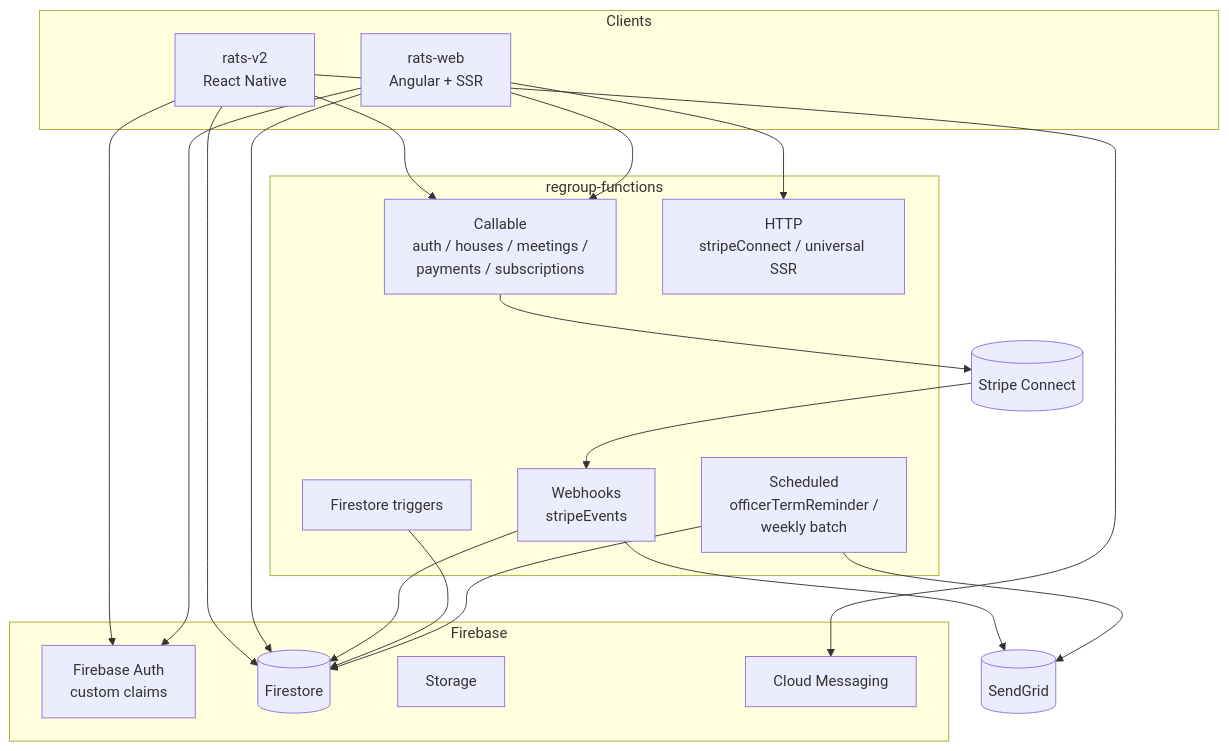
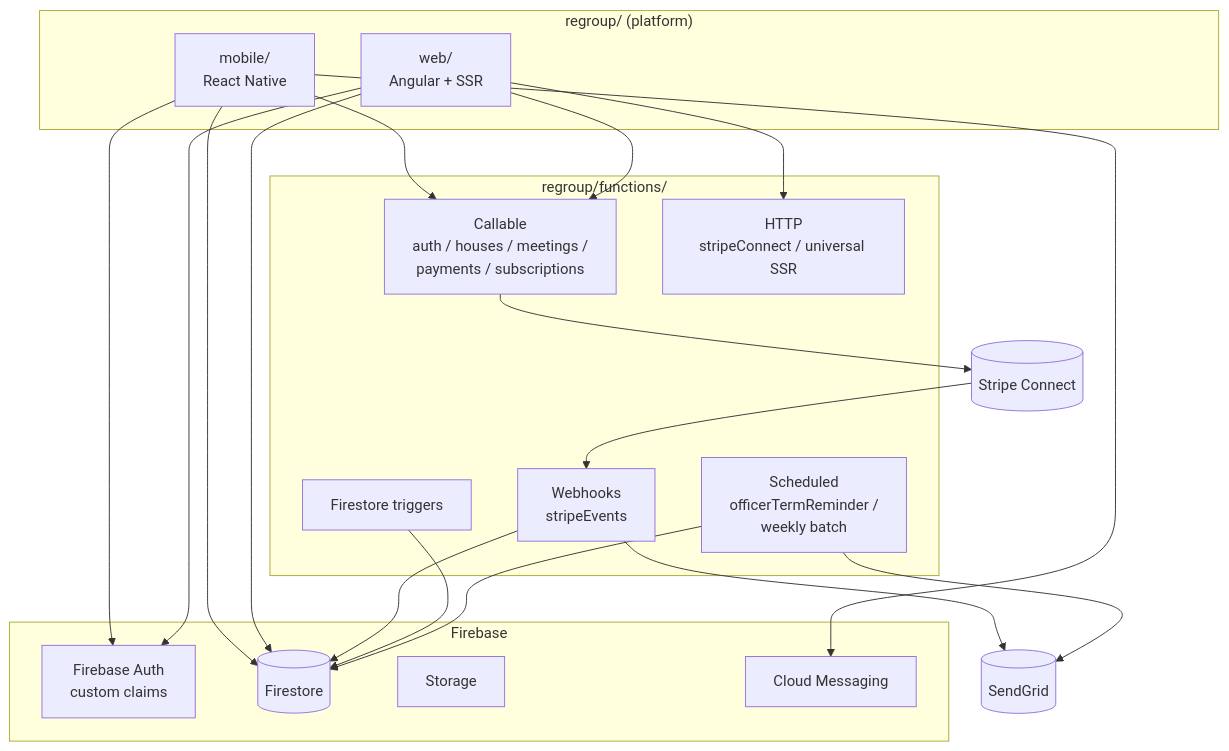
Before and after one commit to marcusk639/recovery-platform: the first of 2 diagrams in docs/ecosystem/product-map.md, drawn with Mermaid. The commit also changed other lines of this file and 134 other files, not shown here.

First line of the commit message:
docs: rebrand RecoveryConnect→Homegroups, RATS→Regroup (#9)

````diff
--- a/docs/ecosystem/product-map.md
+++ b/docs/ecosystem/product-map.md
@@ -102,41 +102,41 @@
 ```mermaid
 graph TB
-  subgraph Clients
-    RN[rats-v2<br/>React Native]
-    NG[rats-web<br/>Angular + SSR]
+  subgraph "regroup/ (platform)"
+    RN[mobile/<br/>React Native]
+    NG[web/<br/>Angular + SSR]
   end
 
   subgraph Firebase
     Auth[Firebase Auth<br/>custom claims]
     FS[(Firestore)]
     Stor[Storage]
     FCM[Cloud Messaging]
   end
 
-  subgraph "regroup-functions"
+  subgraph "regroup/functions/"
     Call[Callable<br/>auth / houses / meetings /<br/>payments / subscriptions]
     Http[HTTP<br/>stripeConnect / universal SSR]
     Hook[Webhooks<br/>stripeEvents]
     Sched[Scheduled<br/>officerTermReminder /<br/>weekly batch]
     Trig[Firestore triggers]
   end
 
   Stripe[(Stripe Connect)]
   SG[(SendGrid)]
 
   RN --> Auth
   NG --> Auth
   RN --> FS
   NG --> FS
   RN --> Call
   NG --> Call
   NG --> Http
   Stripe --> Hook
   Hook --> FS
   Hook --> SG
   Call --> Stripe
   Trig --> FS
   Sched --> FS
   Sched --> SG
   RN --> FCM
 ```
````
